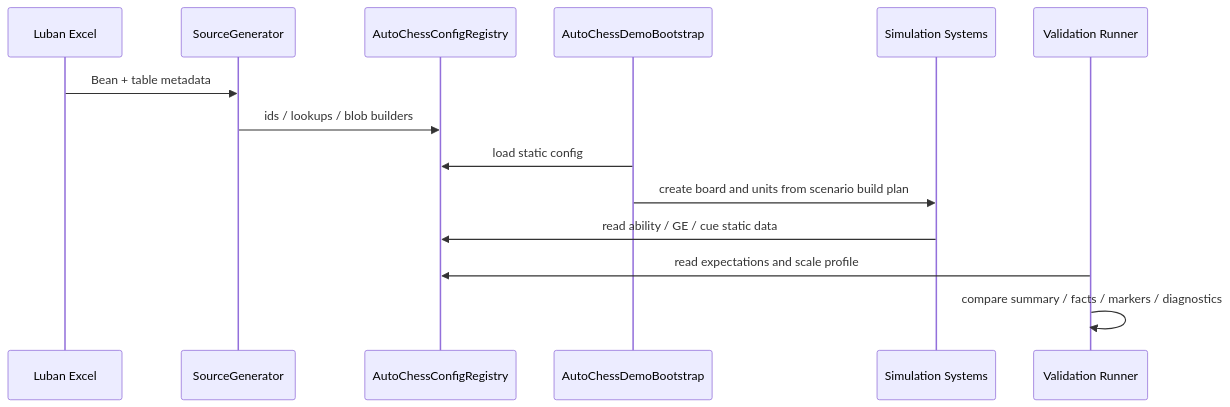
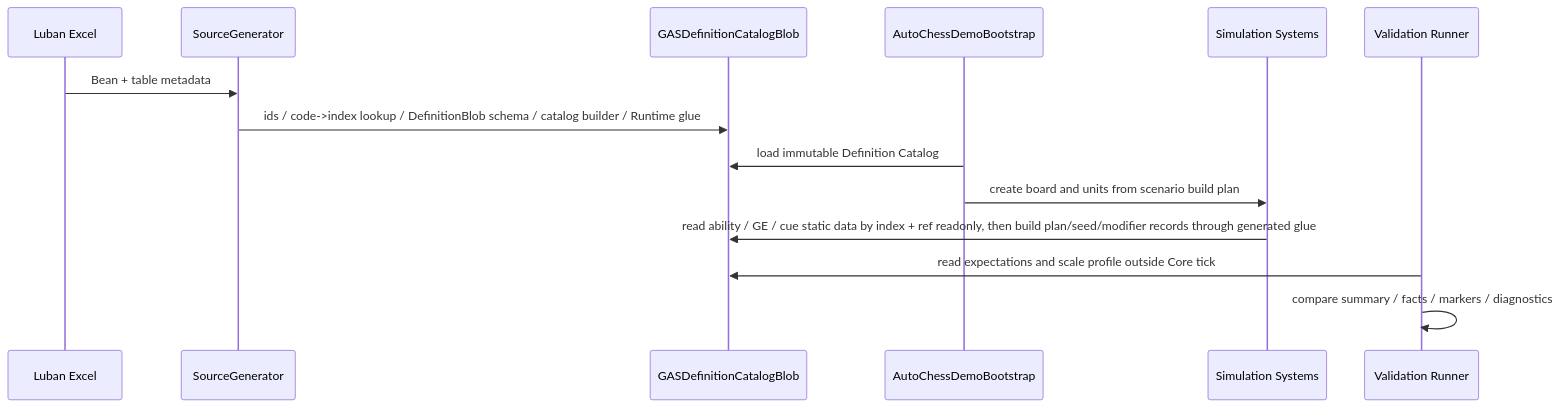
One commit to Bo-ki/gameplay-ability-system-for-unity changed the second of 2 diagrams in 方案讨论/针对2.0的ECS架构的迭代方案讨论/01-目标态架构共识/11-AutoChessDemo-Luban配置方案Spec.md. Above: the diagram before and after it, drawn with Mermaid. The commit also changed other lines of this file and 455 other files, not shown here.

Commit message:
runtime: 重构 GAS Runtime Core DOTS 架构

````diff
--- a/方案讨论/针对2.0的ECS架构的迭代方案讨论/01-目标态架构共识/11-AutoChessDemo-Luban配置方案Spec.md
+++ b/方案讨论/针对2.0的ECS架构的迭代方案讨论/01-目标态架构共识/11-AutoChessDemo-Luban配置方案Spec.md
@@ -426,17 +426,17 @@
 ```mermaid
 sequenceDiagram
     participant Excel as Luban Excel
     participant Gen as SourceGenerator
-    participant Registry as AutoChessConfigRegistry
+    participant Catalog as GASDefinitionCatalogBlob
     participant Bootstrap as AutoChessDemoBootstrap
     participant Sim as Simulation Systems
     participant Validation as Validation Runner
 
     Excel->>Gen: Bean + table metadata
-    Gen->>Registry: ids / lookups / blob builders
-    Bootstrap->>Registry: load static config
+    Gen->>Catalog: ids / code->index lookup / DefinitionBlob schema / catalog builder / Runtime glue
+    Bootstrap->>Catalog: load immutable Definition Catalog
     Bootstrap->>Sim: create board and units from scenario build plan
-    Sim->>Registry: read ability / GE / cue static data
-    Validation->>Registry: read expectations and scale profile
+    Sim->>Catalog: read ability / GE / cue static data by index + ref readonly, then build plan/seed/modifier records through generated glue
+    Validation->>Catalog: read expectations and scale profile outside Core tick
     Validation->>Validation: compare summary / facts / markers / diagnostics
 ```
````
